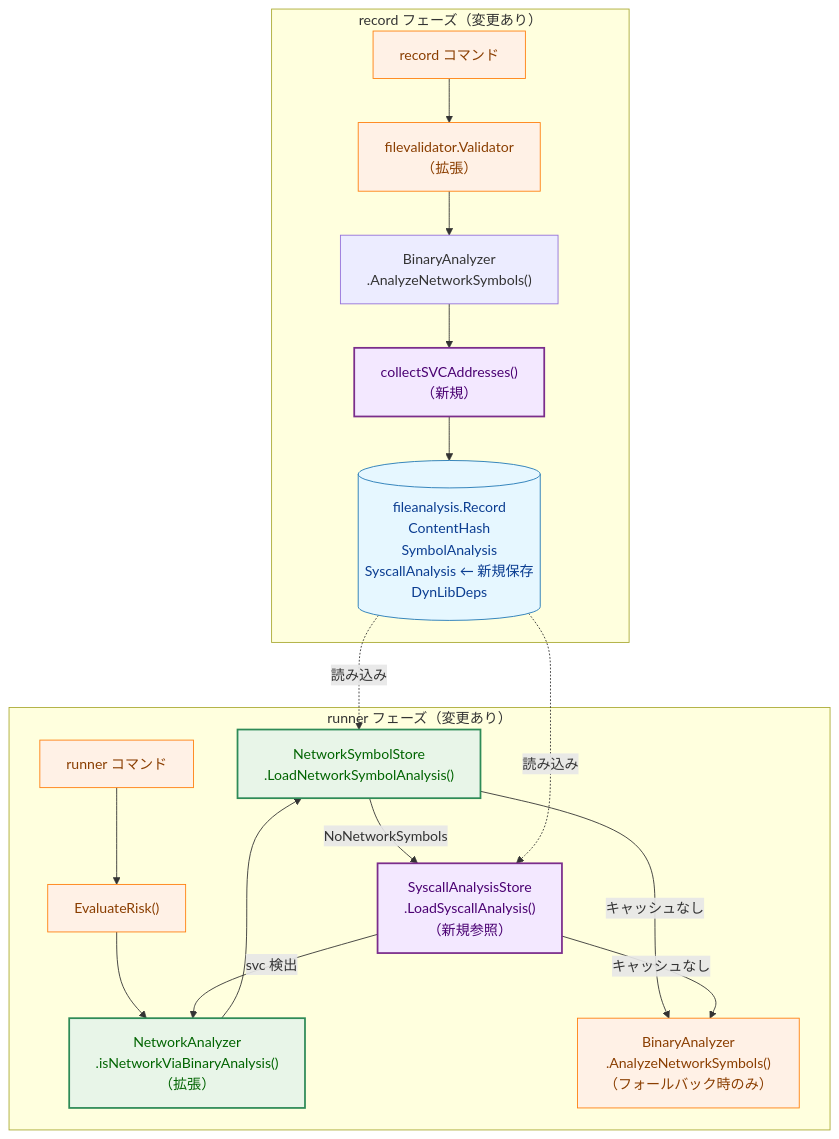
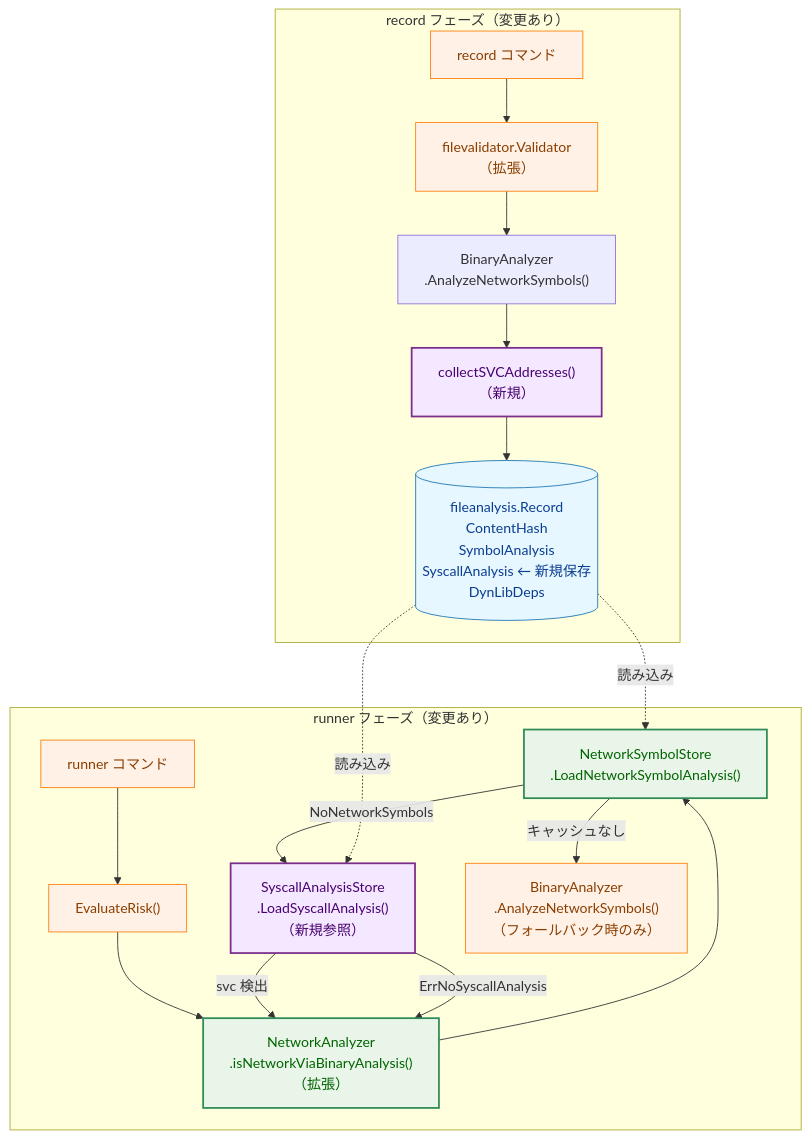
One commit to isseis/go-safe-cmd-runner changed the first of 8 diagrams in docs/tasks/0097_macho_arm64_syscall_analysis/02_architecture.md. Above: the diagram before and after it, drawn with Mermaid. The commit also changed other lines of this file and 3 other files, not shown here.

First line of the commit message:
docs(0097): Bump schema to v15 and eliminate SyscallAnalysis live-analysis fallback

````diff
--- a/docs/tasks/0097_macho_arm64_syscall_analysis/02_architecture.md
+++ b/docs/tasks/0097_macho_arm64_syscall_analysis/02_architecture.md
@@ -28,45 +28,45 @@
 ```mermaid
 flowchart TB
     classDef data fill:#e6f7ff,stroke:#1f77b4,stroke-width:1px,color:#0b3d91;
     classDef process fill:#fff1e6,stroke:#ff7f0e,stroke-width:1px,color:#8a3e00;
     classDef enhanced fill:#e8f5e8,stroke:#2e8b57,stroke-width:2px,color:#006400;
     classDef new fill:#f3e8ff,stroke:#7b2d8b,stroke-width:2px,color:#4a0072;
 
     subgraph RecordPhase["record フェーズ（変更あり）"]
         REC["record コマンド"]
         FV["filevalidator.Validator<br>（拡張）"]
         BA["BinaryAnalyzer<br>.AnalyzeNetworkSymbols()"]
         SVC["collectSVCAddresses()<br>（新規）"]
         STORE[("fileanalysis.Record<br>ContentHash<br>SymbolAnalysis<br>SyscallAnalysis ← 新規保存<br>DynLibDeps")]
     end
 
     subgraph RunnerPhase["runner フェーズ（変更あり）"]
         RUN["runner コマンド"]
         EVAL["EvaluateRisk()"]
         NA["NetworkAnalyzer<br>.isNetworkViaBinaryAnalysis()<br>（拡張）"]
         SYMCACHE["NetworkSymbolStore<br>.LoadNetworkSymbolAnalysis()"]
         SVCCACHE["SyscallAnalysisStore<br>.LoadSyscallAnalysis()<br>（新規参照）"]
         FALLBACK["BinaryAnalyzer<br>.AnalyzeNetworkSymbols()<br>（フォールバック時のみ）"]
     end
 
     REC --> FV
     FV --> BA
     BA --> SVC
     SVC --> STORE
 
     RUN --> EVAL
     EVAL --> NA
     NA --> SYMCACHE
     SYMCACHE -->|"NoNetworkSymbols"| SVCCACHE
     SYMCACHE -->|"キャッシュなし"| FALLBACK
     SVCCACHE -->|"svc 検出"| NA
-    SVCCACHE -->|"キャッシュなし"| FALLBACK
+    SVCCACHE -->|"ErrNoSyscallAnalysis"| NA
 
     STORE -.->|"読み込み"| SYMCACHE
     STORE -.->|"読み込み"| SVCCACHE
 
     class STORE data;
     class REC,FV,RUN,EVAL,FALLBACK process;
     class NA,SYMCACHE enhanced;
     class SVC,SVCCACHE new;
 ```
````
